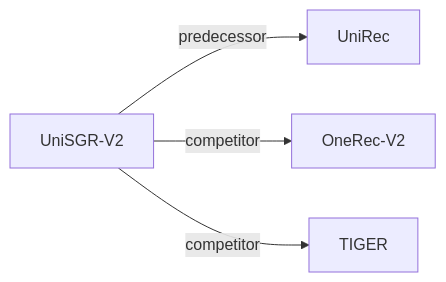
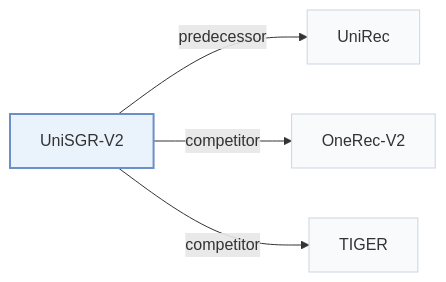
One commit to Galaxy-ghost/Awesome-SID-Generative-Rec changed the second of 2 diagrams in pages/papers/unisgr-v2.md. Above: the diagram before and after it, drawn with Mermaid. The commit also changed other lines of this file and 649 other files, not shown here.

Commit message:
writer-05: also tags and modality index (schema, check, build, visuals); summary field removed; calibration data for 12 papers

````diff
--- a/pages/papers/unisgr-v2.md
+++ b/pages/papers/unisgr-v2.md
@@ -67,7 +71,11 @@
 ```mermaid
 flowchart LR
     P["UniSGR-V2"]
-    P -->|predecessor| A["UniRec"]
-    P -->|competitor| B["OneRec-V2"]
-    P -->|competitor| C["TIGER"]
+    P -->|"predecessor"| A["UniRec"]
+    P -->|"competitor"| B["OneRec-V2"]
+    P -->|"competitor"| C["TIGER"]
+    classDef main fill:#eaf2fb,stroke:#6b8fc7,stroke-width:2px
+    classDef peer fill:#f8fafc,stroke:#cbd5e1
+    class P main
+    class A,B,C peer
 ```
````
